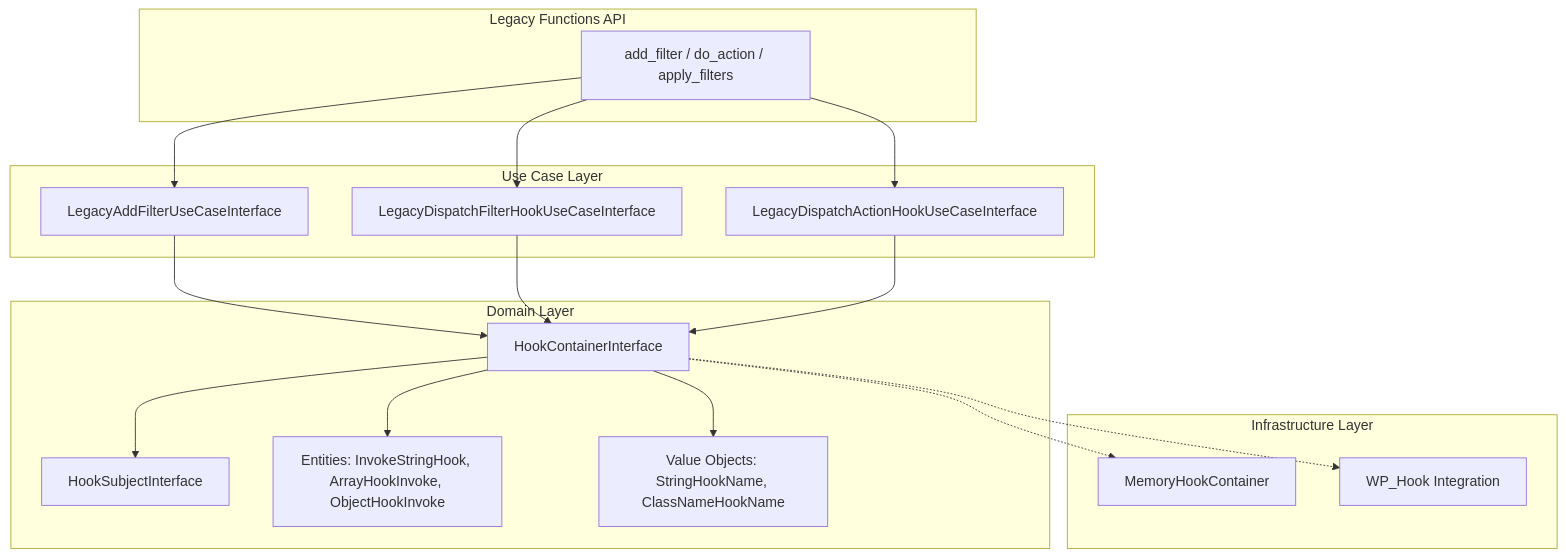
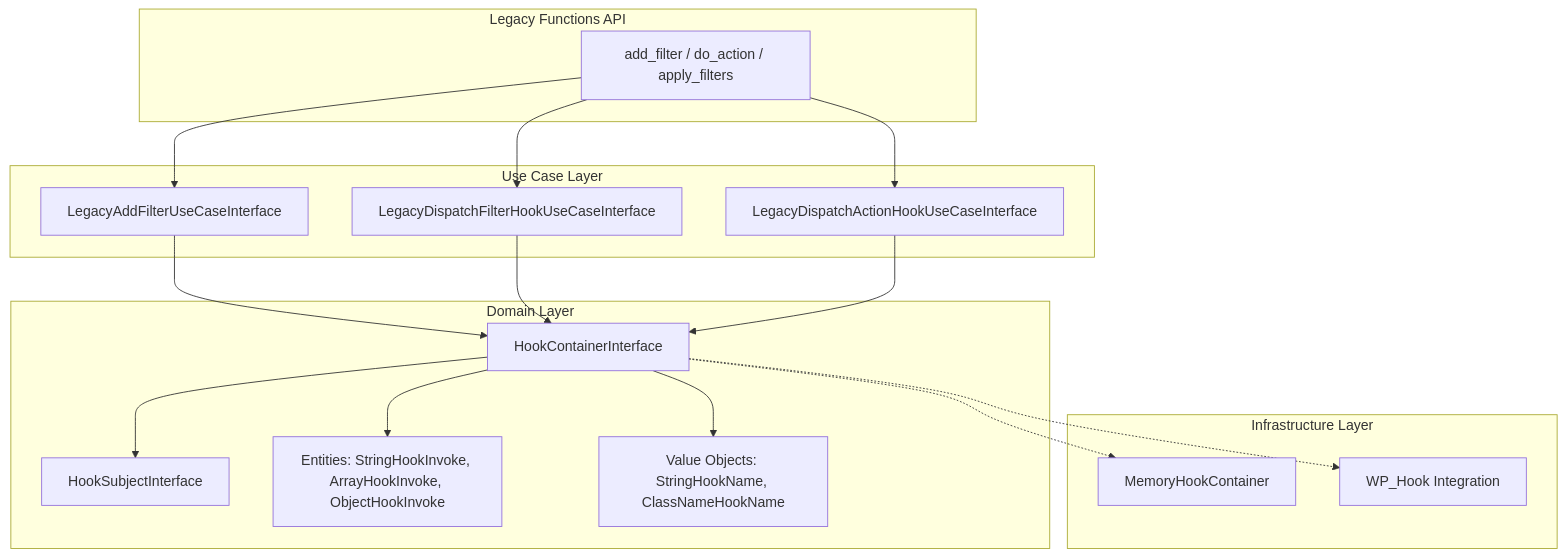
One commit to SpeedySpec/speedyspec-wp-hook-domain changed the diagram in README.md. Above: the diagram before and after it, drawn with Mermaid. The commit also changed 42 other files, not shown here.

````diff
--- a/README.md
+++ b/README.md
@@ -121,36 +121,36 @@
 ```mermaid
 graph TB
     subgraph "Legacy Functions API"
         A[add_filter / do_action / apply_filters]
     end
 
     subgraph "Use Case Layer"
         B[LegacyAddFilterUseCaseInterface]
         C[LegacyDispatchFilterHookUseCaseInterface]
         D[LegacyDispatchActionHookUseCaseInterface]
     end
 
     subgraph "Domain Layer"
         E[HookContainerInterface]
         F[HookSubjectInterface]
-        G[Entities: InvokeStringHook, ArrayHookInvoke, ObjectHookInvoke]
+        G[Entities: StringHookInvoke, ArrayHookInvoke, ObjectHookInvoke]
         H[Value Objects: StringHookName, ClassNameHookName]
     end
 
     subgraph "Infrastructure Layer"
         I[MemoryHookContainer]
         J[WP_Hook Integration]
     end
 
     A --> B
     A --> C
     A --> D
     B --> E
     C --> E
     D --> E
     E --> F
     E --> G
     E --> H
     E -.-> I
     E -.-> J
 ```
````
